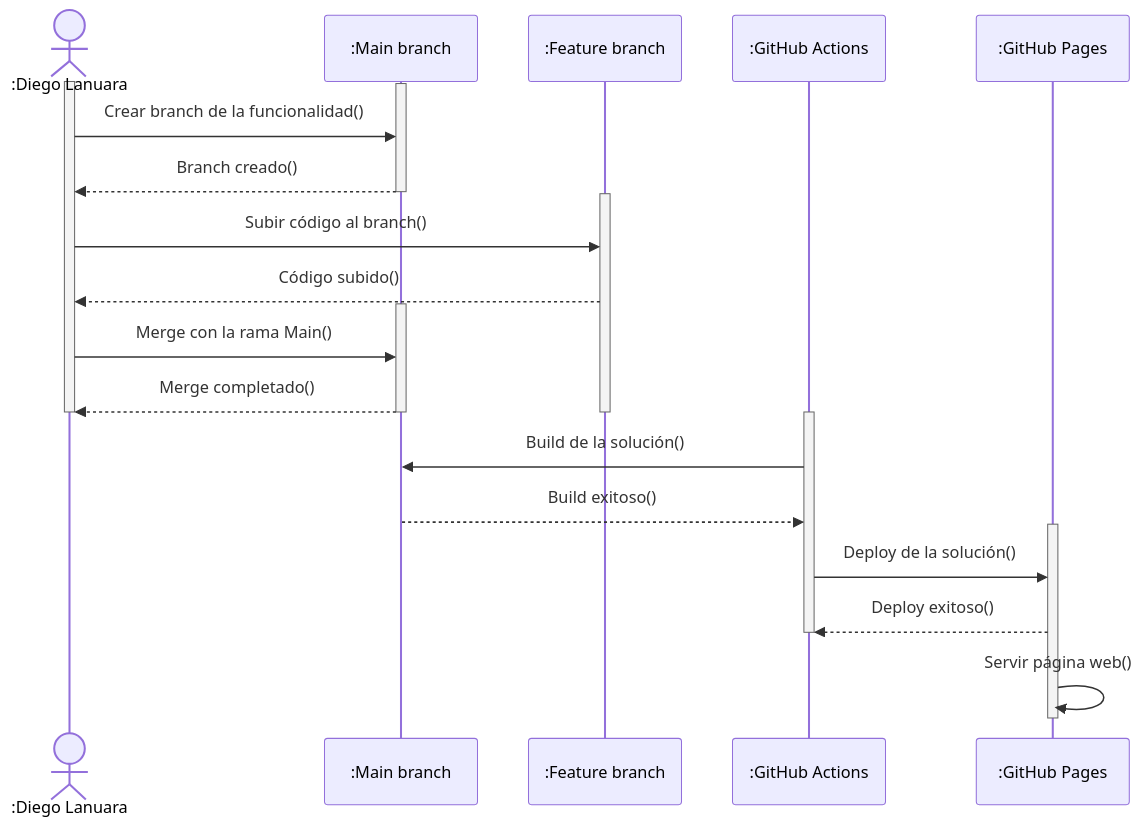
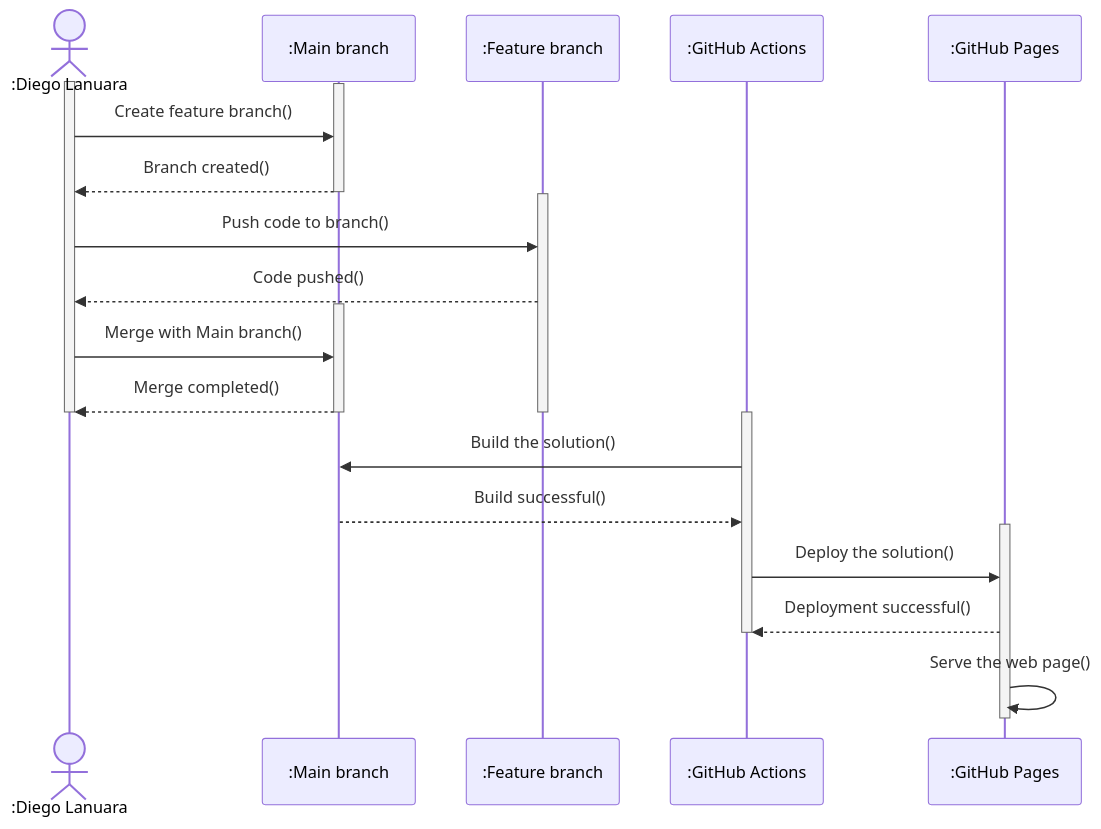
Before and after one commit to lanuaradiego/cv: the third of 3 diagrams in README.md, drawn with Mermaid. The commit also changed other lines of this file, not shown here.

````diff
--- a/README.md
+++ b/README.md
@@ -92,37 +95,37 @@
 ```mermaid
 sequenceDiagram
     actor You as :Diego Lanuara
     participant Main as :Main branch
     participant Feature as :Feature branch
     participant GitHubActions as :GitHub Actions
     participant GitHubPages as :GitHub Pages
     
     activate You
     activate Main
-    You ->> Main: Crear branch de la funcionalidad()
-    Main -->> You: Branch creado()
+    You ->> Main: Create feature branch()
+    Main -->> You: Branch created()
     deactivate Main
     
     activate Feature
-    You ->> Feature: Subir código al branch()
-    Feature -->> You: Código subido()
+    You ->> Feature: Push code to branch()
+    Feature -->> You: Code pushed()
     
     activate Main
-    You ->> Main: Merge con la rama Main()
-    Main -->> You: Merge completado()
+    You ->> Main: Merge with Main branch()
+    Main -->> You: Merge completed()
     deactivate You
     deactivate Feature
     deactivate Main
 
     activate GitHubActions
-    GitHubActions ->> Main: Build de la solución()
-    Main -->> GitHubActions: Build exitoso()
+    GitHubActions ->> Main: Build the solution()
+    Main -->> GitHubActions: Build successful()
     
     activate GitHubPages
-    GitHubActions ->> GitHubPages: Deploy de la solución()
-    GitHubPages -->> GitHubActions: Deploy exitoso()
+    GitHubActions ->> GitHubPages: Deploy the solution()
+    GitHubPages -->> GitHubActions: Deployment successful()
     deactivate GitHubActions
-    GitHubPages ->> GitHubPages: Servir página web()
+    GitHubPages ->> GitHubPages: Serve the web page()
     deactivate GitHubPages
     
 ```
````
